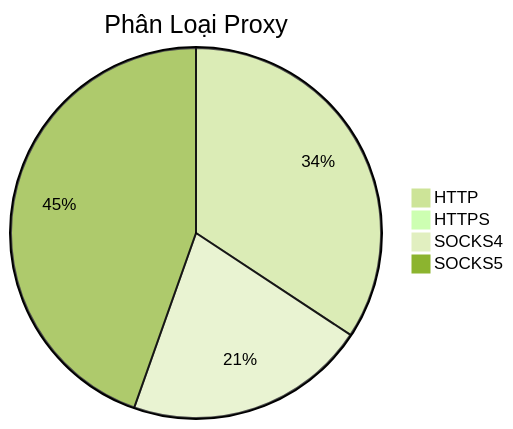
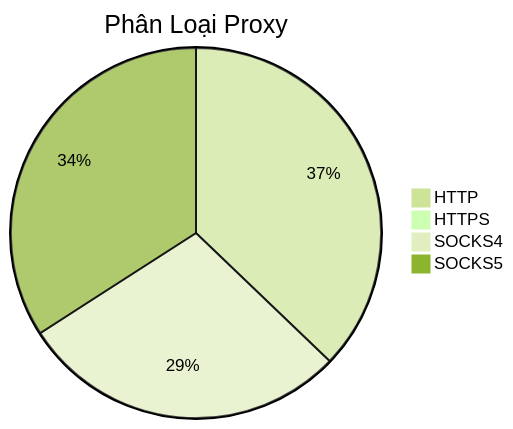
One commit to Ciara-Aa/PROXY-free changed the diagram in README.md. Above: the diagram before and after it, drawn with Mermaid (forest theme). The commit also changed other lines of this file and 4 other files, not shown here.

````diff
--- a/README.md
+++ b/README.md
@@ -26,7 +26,7 @@
 ```mermaid
 pie title Phân Loại Proxy
-    "HTTP" : 652
-    "HTTPS" : 0
-    "SOCKS4" : 402
-    "SOCKS5" : 848
+    "HTTP" : 557
+    "HTTPS" : 1
+    "SOCKS4" : 431
+    "SOCKS5" : 511
 ```
````
